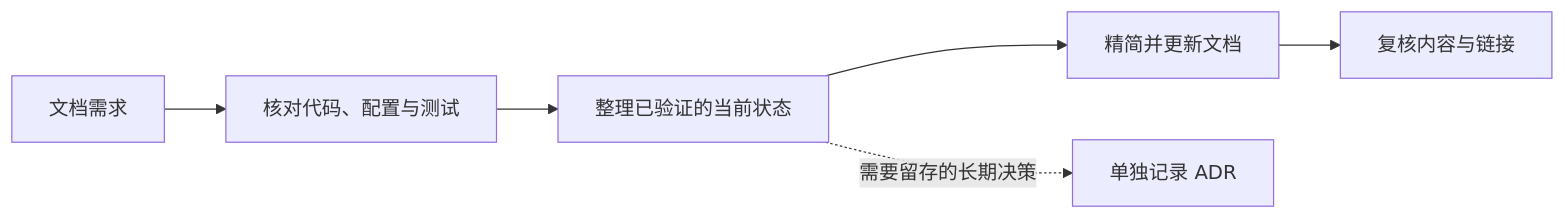
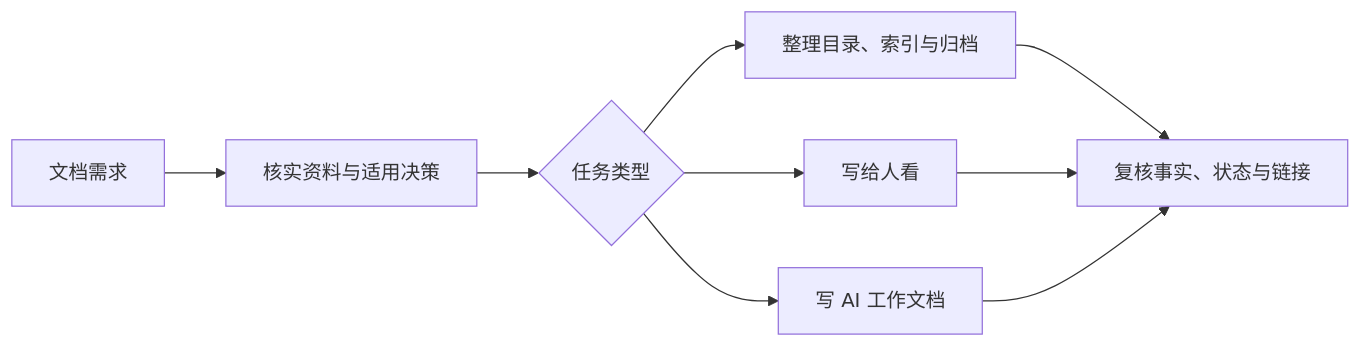
Before and after one commit to Fengerss/project-docs-skill: the diagram in README.md, drawn with Mermaid. The commit also changed other lines of this file and 19 other files, not shown here.

````diff
--- a/README.md
+++ b/README.md
@@ -31,8 +34,11 @@
 ```mermaid
 flowchart LR
-    A[文档需求] --> B[核对代码、配置与测试]
-    B --> C[整理已验证的当前状态]
-    C --> D[精简并更新文档]
-    D --> E[复核内容与链接]
-    C -. 需要留存的长期决策 .-> F[单独记录 ADR]
+    A[文档需求] --> B[核实资料与适用决策]
+    B --> C{任务类型}
+    C --> D[整理目录、索引与归档]
+    C --> E[写给人看]
+    C --> F[写 AI 工作文档]
+    D --> G[复核事实、状态与链接]
+    E --> G
+    F --> G
 ```
````
